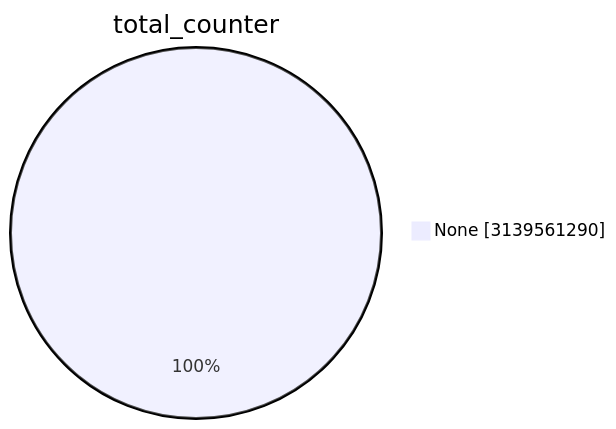
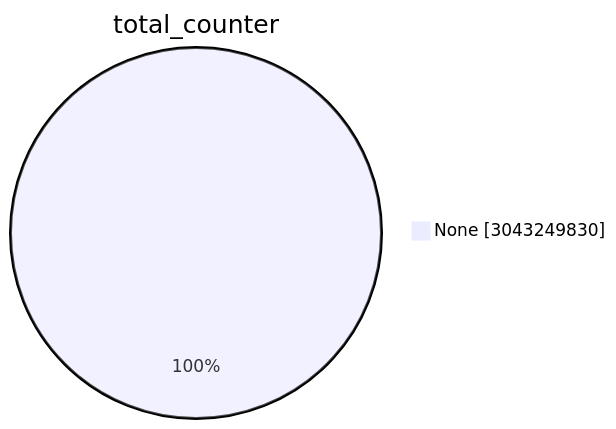
One commit to christiankrug/ctmonitor_visualization changed the first of 15 diagrams in TOTAL/README.md. Above: the diagram before and after it, drawn with Mermaid. The commit also changed other lines of this file, not shown here.

````diff
--- a/TOTAL/README.md
+++ b/TOTAL/README.md
@@ -1,5 +1,5 @@
 ```mermaid
 pie showData
 title total_counter
-"None" :3139561290
+"None" :3043249830
 ```
````
